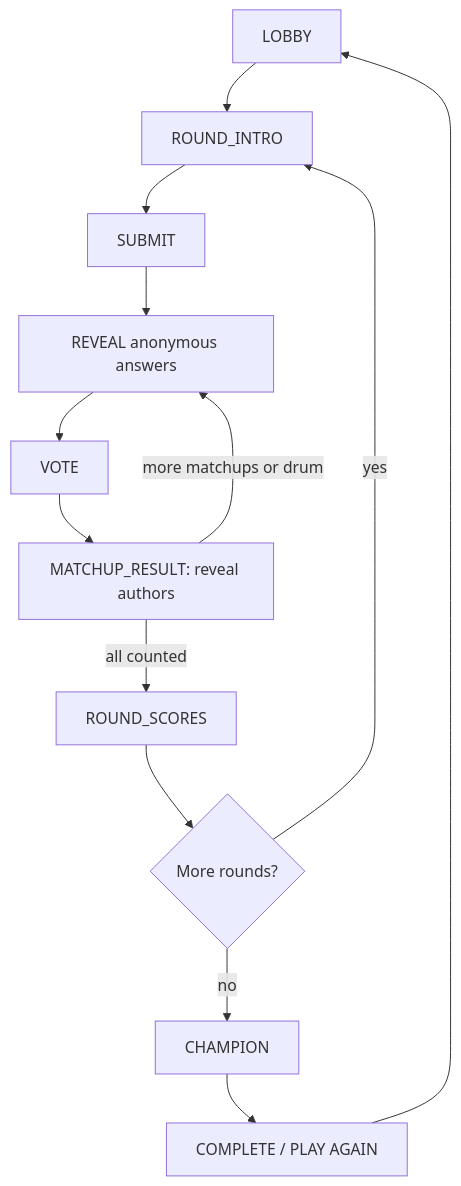
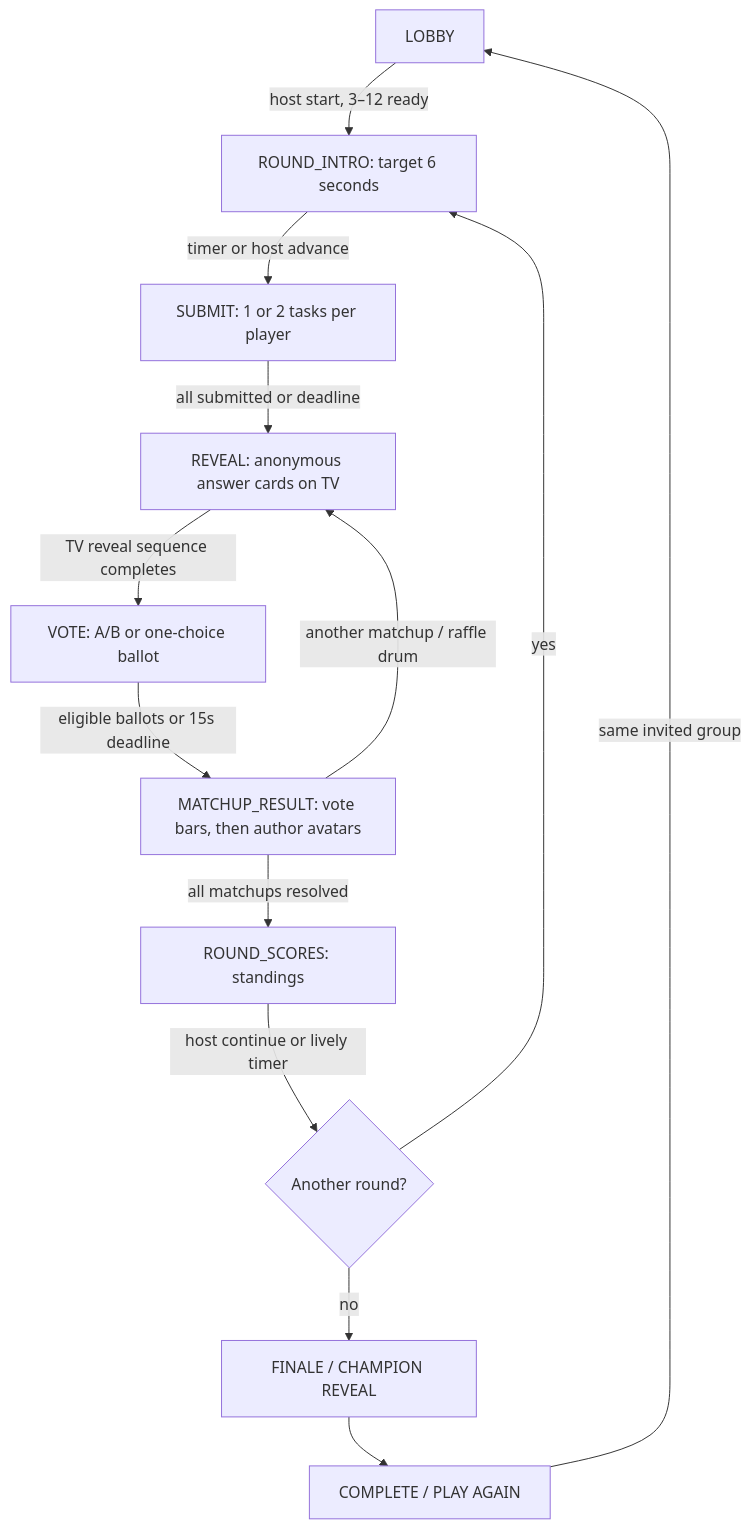
Before and after one commit to connex222/ECKY-THUMP: the diagram in DESIGN.md, drawn with Mermaid. The commit also changed other lines of this file and 10 other files, not shown here.

````diff
--- a/DESIGN.md
+++ b/DESIGN.md
@@ -18,15 +31,15 @@
 ```mermaid
 flowchart TD
-  L[LOBBY] --> I[ROUND_INTRO]
-  I --> S[SUBMIT]
-  S --> R[REVEAL anonymous answers]
-  R --> V[VOTE]
-  V --> M[MATCHUP_RESULT: reveal authors]
-  M -->|more matchups or drum| R
-  M -->|all counted| P[ROUND_SCORES]
-  P --> X{More rounds?}
-  X -->|yes| I
-  X -->|no| H[CHAMPION]
-  H --> C[COMPLETE / PLAY AGAIN]
-  C --> L
+  L[LOBBY] -->|host start, 3–12 ready| I[ROUND_INTRO: target 6 seconds]
+  I -->|timer or host advance| S[SUBMIT: 1 or 2 tasks per player]
+  S -->|all submitted or deadline| R[REVEAL: anonymous answer cards on TV]
+  R -->|TV reveal sequence completes| V[VOTE: A/B or one-choice ballot]
+  V -->|eligible ballots or 15s deadline| M[MATCHUP_RESULT: vote bars, then author avatars]
+  M -->|another matchup / raffle drum| R
+  M -->|all matchups resolved| P[ROUND_SCORES: standings]
+  P -->|host continue or lively timer| N{Another round?}
+  N -->|yes| I
+  N -->|no| F[FINALE / CHAMPION REVEAL]
+  F --> C[COMPLETE / PLAY AGAIN]
+  C -->|same invited group| L
 ```
````
